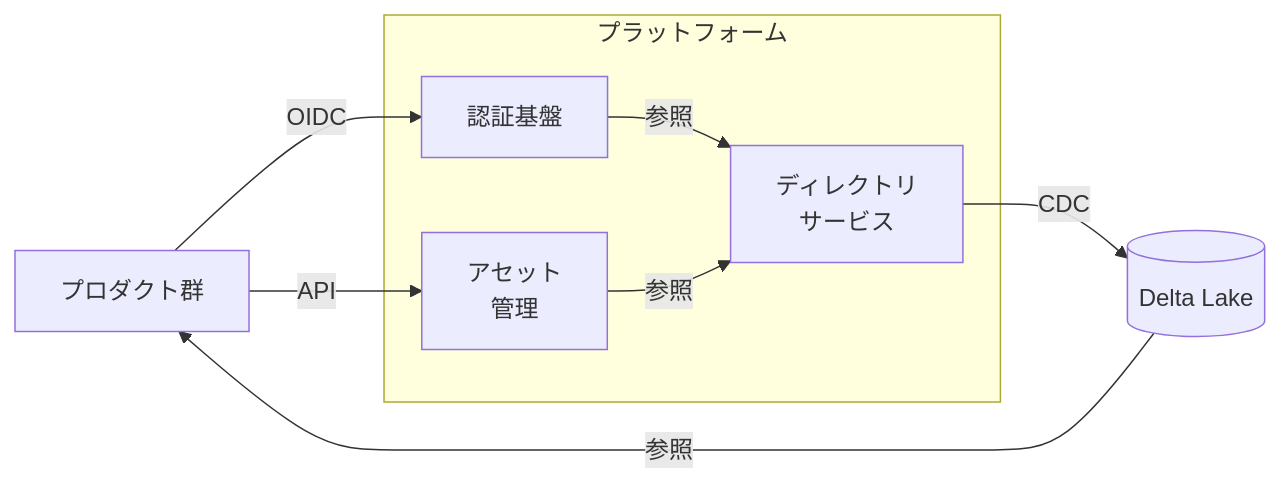
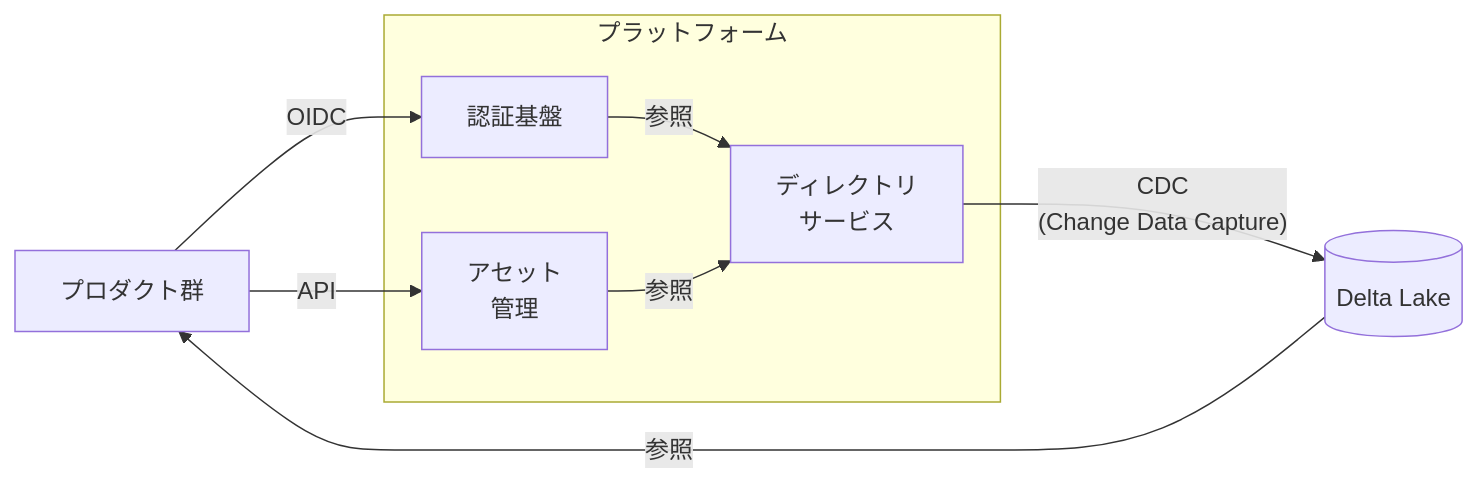
The first of 7 diagrams in talks/2026/sre-kaigi-2026/slides.md (iwasa-kosui/monorepo), drawn with Mermaid before and after one commit. The commit also changed other lines of this file, not shown here.

````diff
--- a/talks/2026/sre-kaigi-2026/slides.md
+++ b/talks/2026/sre-kaigi-2026/slides.md
@@ -293,19 +179,19 @@
 ```mermaid {scale: 0.7}
 flowchart LR
   Products[プロダクト群]
 
   subgraph Platform[プラットフォーム]
     Auth[認証基盤]
     Dir[ディレクトリ<br>サービス]
     Asset[アセット<br>管理]
   end
 
   DeltaLake[(Delta Lake)]
 
   Products -->|OIDC| Auth
   Products -->|API| Asset
-  Dir -->|CDC| DeltaLake
+  Dir -->|"CDC<br/>(Change Data Capture)"| DeltaLake
   DeltaLake -->|参照| Products
   Auth -->|参照| Dir
   Asset -->|参照| Dir
 ```
````
